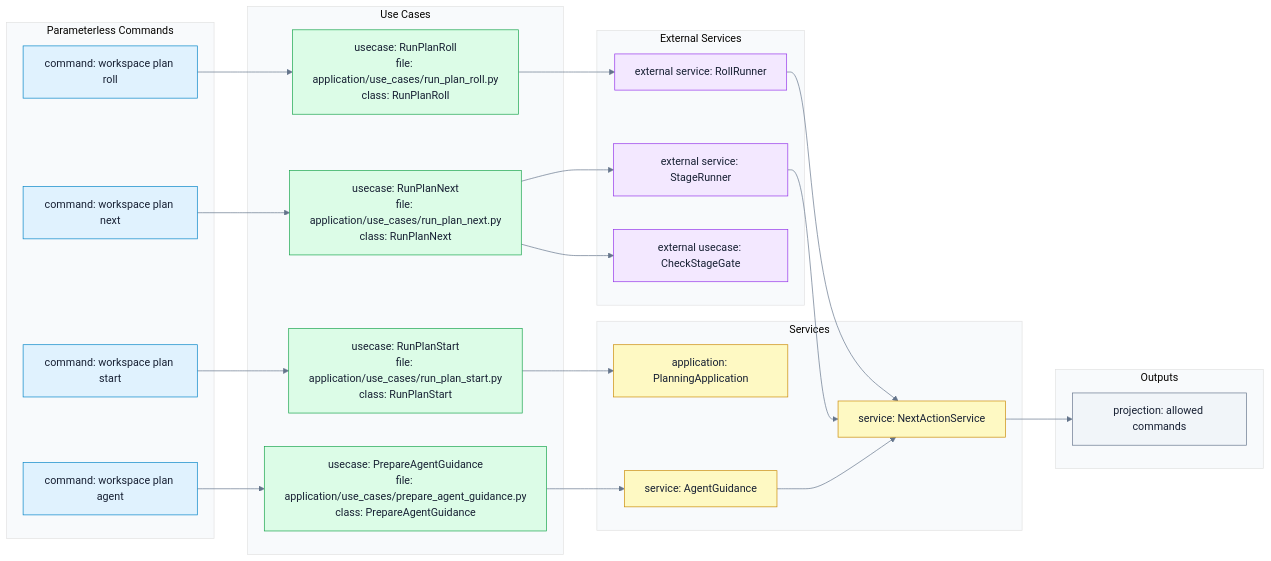
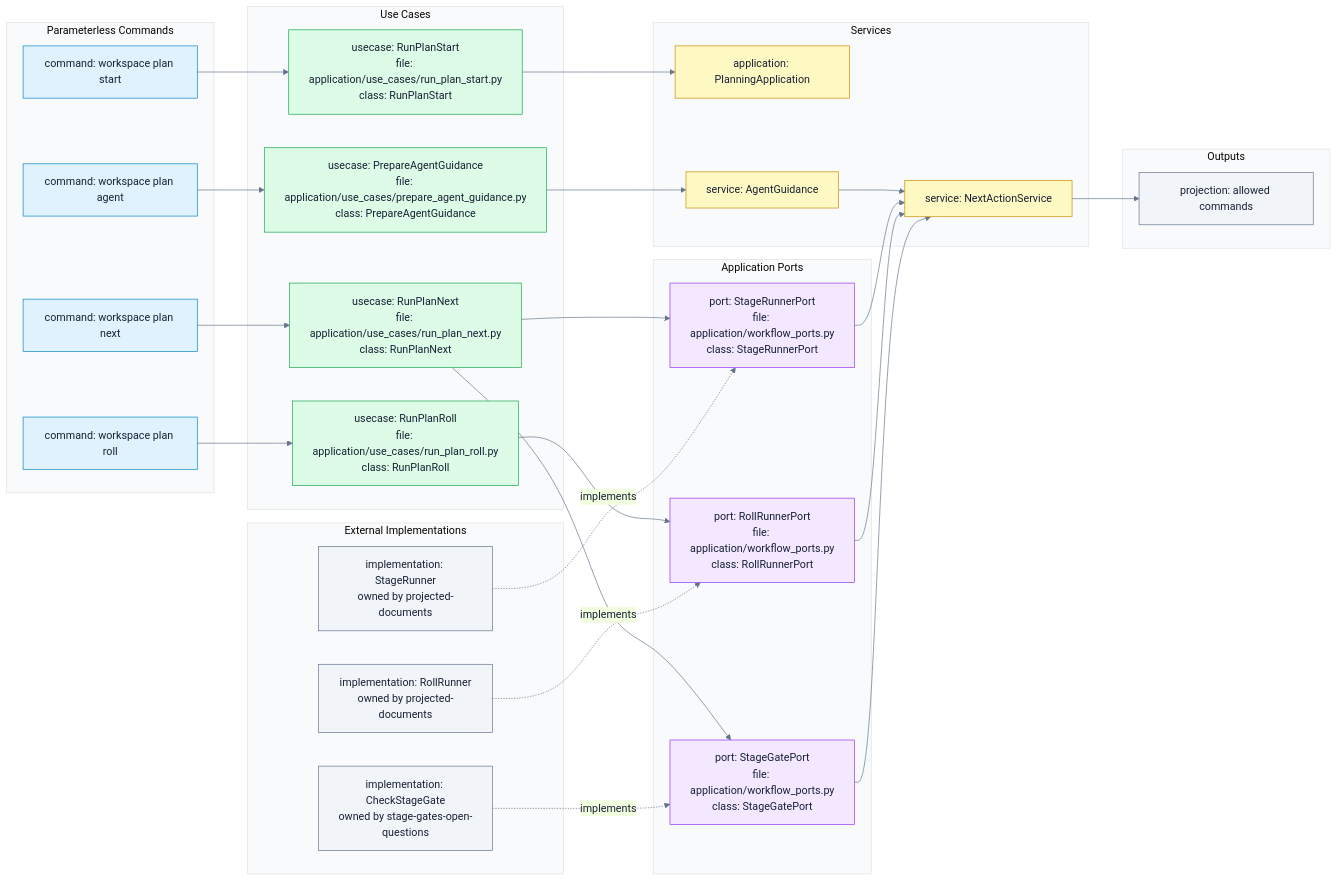
The first of 3 diagrams in .enclosure/plans/planning-workflow/epics/guided-cli-agent-guardrails/SCHEMAS.md (9orky/enclosure), drawn with Mermaid before and after one commit. The commit also changed other lines of this file and 19 other files, not shown here.

````diff
--- a/.enclosure/plans/planning-workflow/epics/guided-cli-agent-guardrails/SCHEMAS.md
+++ b/.enclosure/plans/planning-workflow/epics/guided-cli-agent-guardrails/SCHEMAS.md
@@ -13,59 +13,71 @@
 ```mermaid
 %% contract: flow
 %%{init: {"theme": "base", "themeVariables": {"primaryColor": "#e0f2fe", "primaryTextColor": "#172033", "primaryBorderColor": "#0284c7", "lineColor": "#64748b", "tertiaryColor": "#f8fafc"}}}%%
 flowchart LR
     subgraph commands["Parameterless Commands"]
       cmd_start["command: workspace plan start"]
       cmd_next["command: workspace plan next"]
       cmd_agent["command: workspace plan agent"]
       cmd_roll["command: workspace plan roll"]
     end
 
     subgraph use_cases["Use Cases"]
       uc_start["usecase: RunPlanStart\nfile: application/use_cases/run_plan_start.py\nclass: RunPlanStart"]
       uc_next["usecase: RunPlanNext\nfile: application/use_cases/run_plan_next.py\nclass: RunPlanNext"]
       uc_agent["usecase: PrepareAgentGuidance\nfile: application/use_cases/prepare_agent_guidance.py\nclass: PrepareAgentGuidance"]
       uc_roll["usecase: RunPlanRoll\nfile: application/use_cases/run_plan_roll.py\nclass: RunPlanRoll"]
     end
 
     subgraph services["Services"]
       app["application: PlanningApplication"]
       guidance["service: AgentGuidance"]
       next_actions["service: NextActionService"]
     end
 
-    subgraph external_services["External Services"]
-      stage_runner["external service: StageRunner"]
-      roll_runner["external service: RollRunner"]
-      gate["external usecase: CheckStageGate"]
+    subgraph ports["Application Ports"]
+      stage_runner_port["port: StageRunnerPort\nfile: application/workflow_ports.py\nclass: StageRunnerPort"]
+      roll_runner_port["port: RollRunnerPort\nfile: application/workflow_ports.py\nclass: RollRunnerPort"]
+      gate_port["port: StageGatePort\nfile: application/workflow_ports.py\nclass: StageGatePort"]
+    end
+
+    subgraph implementations["External Implementations"]
+      stage_runner["implementation: StageRunner\nowned by projected-documents"]
+      roll_runner["implementation: RollRunner\nowned by projected-documents"]
+      gate["implementation: CheckStageGate\nowned by stage-gates-open-questions"]
     end
 
     subgraph outputs["Outputs"]
       output["projection: allowed commands"]
     end
 
     cmd_start --> uc_start
     cmd_next --> uc_next
     cmd_agent --> uc_agent
     cmd_roll --> uc_roll
     uc_start --> app
-    uc_next --> stage_runner
-    uc_next --> gate
+    uc_next --> stage_runner_port
+    uc_next --> gate_port
     uc_agent --> guidance
-    uc_roll --> roll_runner
+    uc_roll --> roll_runner_port
     guidance --> next_actions
-    stage_runner --> next_actions
-    roll_runner --> next_actions
+    stage_runner_port --> next_actions
+    roll_runner_port --> next_actions
+    gate_port --> next_actions
+    stage_runner -. implements .-> stage_runner_port
+    roll_runner -. implements .-> roll_runner_port
+    gate -. implements .-> gate_port
     next_actions --> output
 
     classDef command fill:#e0f2fe,stroke:#0284c7,color:#172033;
     classDef usecase fill:#dcfce7,stroke:#16a34a,color:#172033;
     classDef service fill:#fef9c3,stroke:#ca8a04,color:#172033;
-    classDef external fill:#f3e8ff,stroke:#9333ea,color:#172033;
+    classDef port fill:#f3e8ff,stroke:#9333ea,color:#172033;
+    classDef external fill:#f1f5f9,stroke:#64748b,color:#172033;
     classDef output fill:#f1f5f9,stroke:#64748b,color:#172033;
     class cmd_start,cmd_next,cmd_agent,cmd_roll command;
     class uc_start,uc_next,uc_agent,uc_roll usecase;
     class app,guidance,next_actions service;
+    class stage_runner_port,roll_runner_port,gate_port port;
     class stage_runner,roll_runner,gate external;
     class output output;
 ```
````
